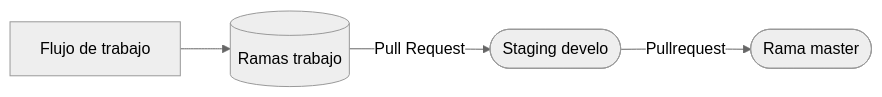
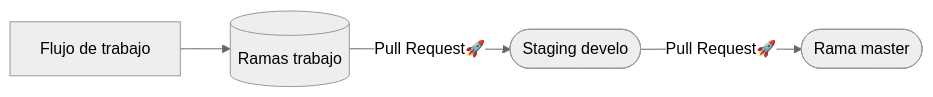
The diagram in Notas_del_curso_de_git.md (dczinil/git), drawn with Mermaid (neutral theme) before and after one commit. The commit also changed other lines of this file, not shown here.

Commit message:
Se deja la nueva grafica

````diff
--- a/Notas_del_curso_de_git.md
+++ b/Notas_del_curso_de_git.md
@@ -206,4 +206,4 @@
 ```mermaid
 graph LR
-A[Flujo de trabajo]-->B[(Ramas trabajo)]--Pull Request-->D([Staging  develo])--Pullrequest-->F([Rama master])
+A[Flujo de trabajo]-->B[(Ramas trabajo)]--Pull Request🚀-->D([Staging  develo])--Pull Request🚀-->F([Rama master])
 ```
````
